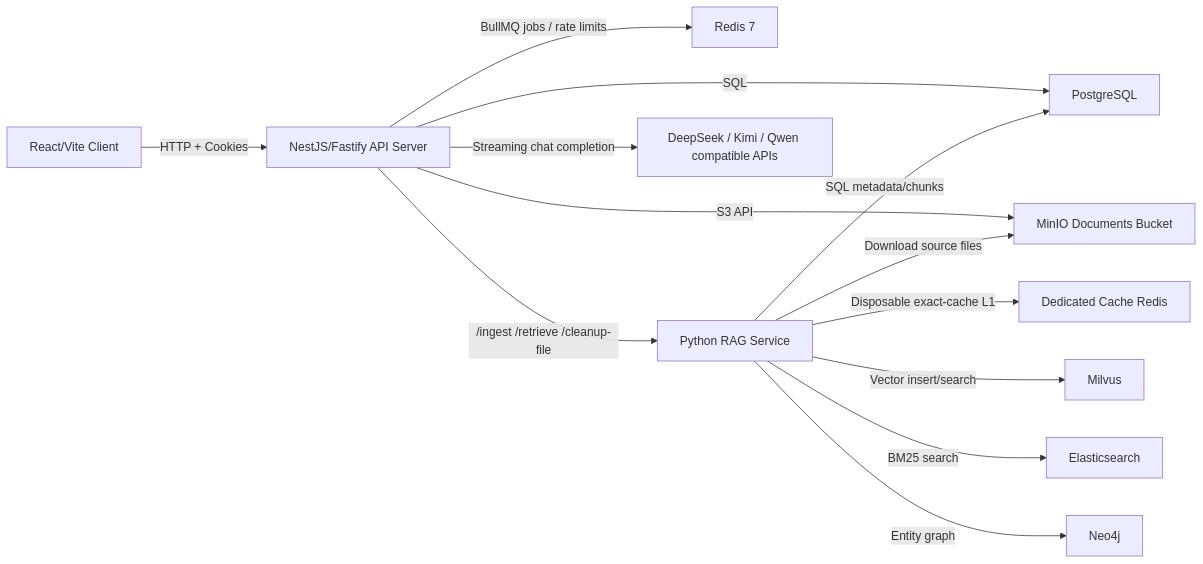
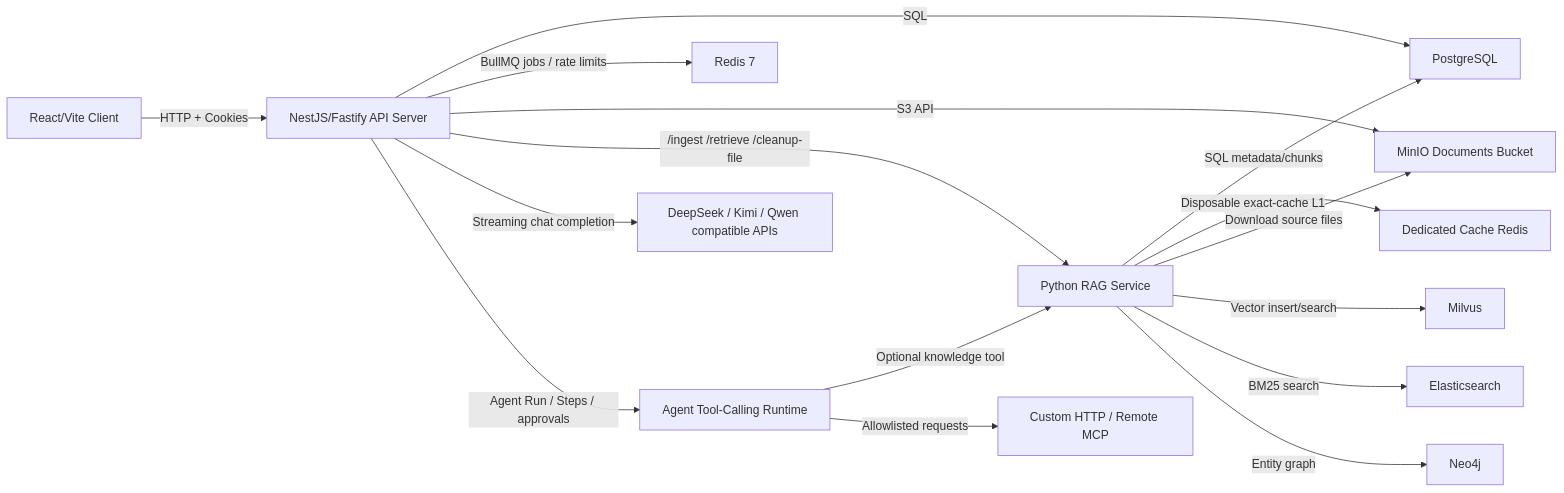
The diagram in README.MD (ShuaiFu29/chatLLM), drawn with Mermaid before and after one commit. The commit also changed other lines of this file and 132 other files, not shown here.

````diff
--- a/README.MD
+++ b/README.MD
@@ -19,15 +19,18 @@
 ```mermaid
 flowchart LR
   Client["React/Vite Client"] -->|HTTP + Cookies| Server["NestJS/Fastify API Server"]
   Server -->|SQL| Postgres["PostgreSQL"]
   Server -->|BullMQ jobs / rate limits| Redis["Redis 7"]
   Server -->|S3 API| MinIO["MinIO Documents Bucket"]
   Server -->|/ingest /retrieve /cleanup-file| Rag["Python RAG Service"]
   Rag -->|SQL metadata/chunks| Postgres
   Rag -->|Disposable exact-cache L1| CacheRedis["Dedicated Cache Redis"]
   Rag -->|Download source files| MinIO
   Rag -->|Vector insert/search| Milvus["Milvus"]
   Rag -->|BM25 search| ES["Elasticsearch"]
   Rag -->|Entity graph| Neo4j["Neo4j"]
   Server -->|Streaming chat completion| LLM["DeepSeek / Kimi / Qwen compatible APIs"]
+  Server -->|Agent Run / Steps / approvals| AgentRuntime["Agent Tool-Calling Runtime"]
+  AgentRuntime -->|Optional knowledge tool| Rag
+  AgentRuntime -->|Allowlisted requests| RemoteTools["Custom HTTP / Remote MCP"]
 ```
````
